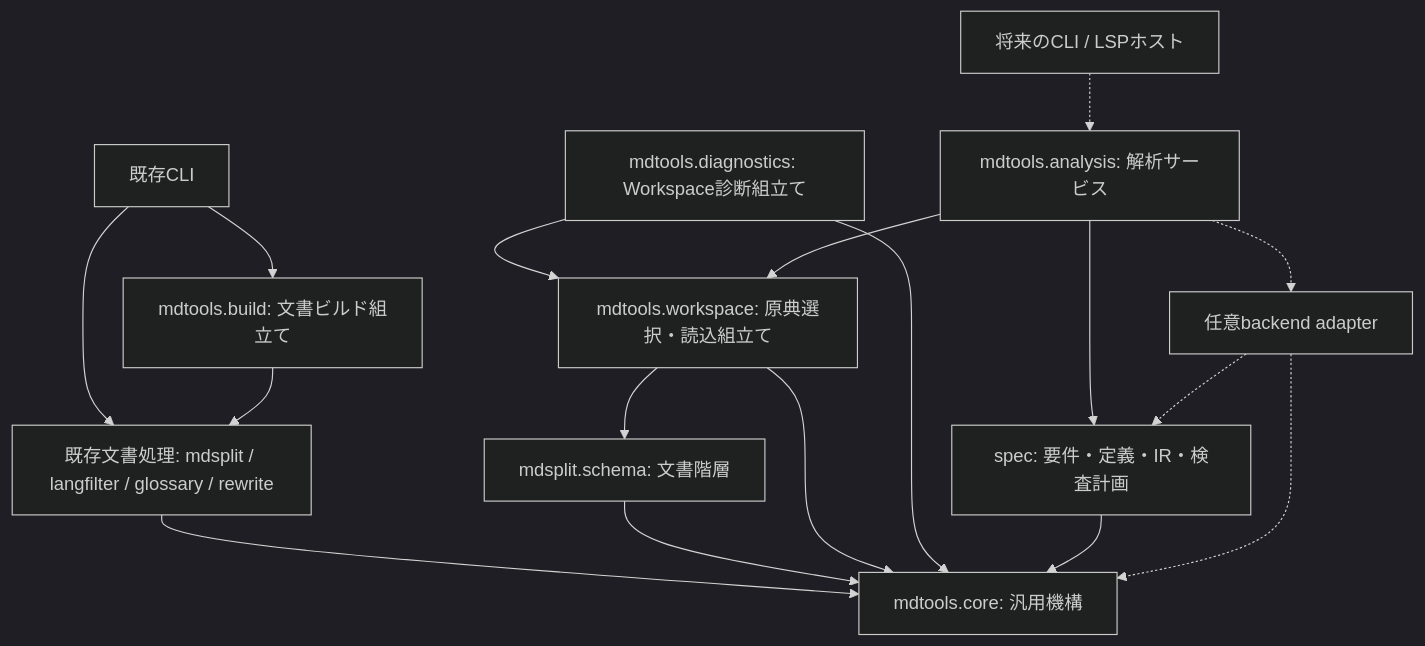
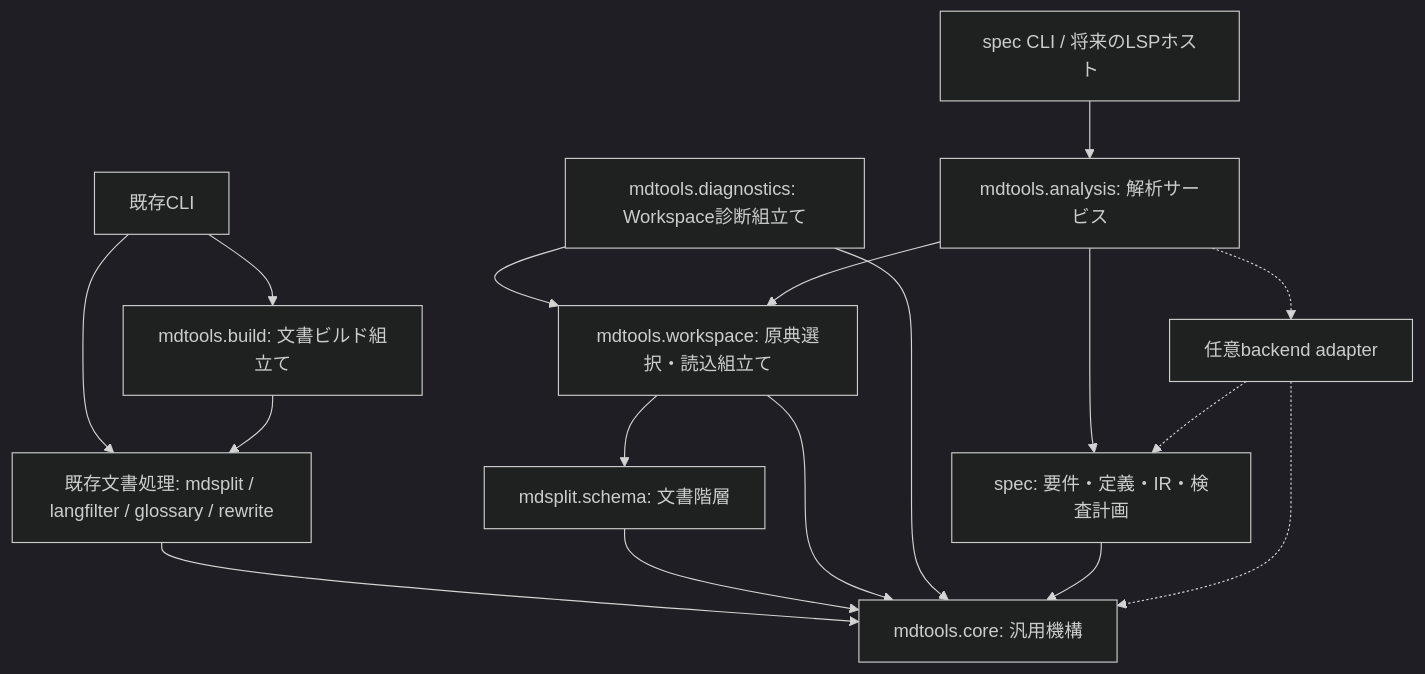
Before and after one commit to fischerimapig/mdtools: the second of 2 diagrams in docs/spec/contract-v1.md, drawn with Mermaid (dark theme). The commit also changed other lines of this file and 18 other files, not shown here.

Commit message:
feat: implement spec index and show CLI (#40)

````diff
--- a/docs/spec/contract-v1.md
+++ b/docs/spec/contract-v1.md
@@ -691,19 +691,19 @@
 ```mermaid
 flowchart TB
     cli["既存CLI"] --> build["mdtools.build: 文書ビルド組立て"]
     cli --> docs["既存文書処理: mdsplit / langfilter / glossary / rewrite"]
     build --> docs
     docs --> core["mdtools.core: 汎用機構"]
     workspace["mdtools.workspace: 原典選択・読込組立て"] --> tree["mdsplit.schema: 文書階層"]
     tree --> core
     workspace --> core
     diagnostics["mdtools.diagnostics: Workspace診断組立て"] --> workspace
     diagnostics --> core
-    hosts["将来のCLI / LSPホスト"] -.-> service["mdtools.analysis: 解析サービス"]
+    hosts["spec CLI / 将来のLSPホスト"] --> service["mdtools.analysis: 解析サービス"]
     service --> workspace
     service --> spec["spec: 要件・定義・IR・検査計画"]
     service -.-> adapters["任意backend adapter"]
     spec --> core
     adapters -.-> spec
     adapters -.-> core
 ```
````
